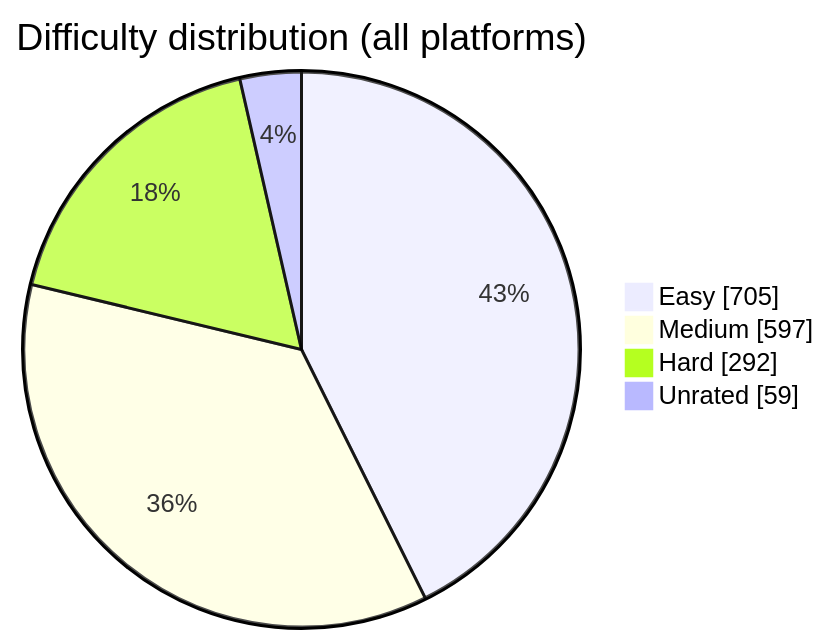
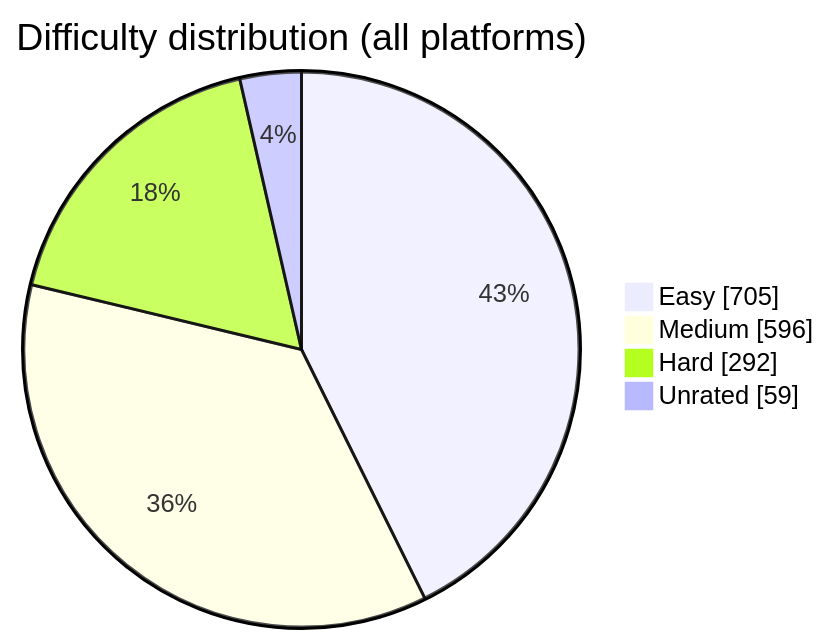
Before and after one commit to BuildbyArindam/Daily-Coding-Log: the diagram in README.md, drawn with Mermaid. The commit also changed other lines of this file, not shown here.

````diff
--- a/README.md
+++ b/README.md
@@ -93,7 +93,7 @@
 ```mermaid
 pie showData title Difficulty distribution (all platforms)
     "Easy" : 705
-    "Medium" : 597
+    "Medium" : 596
     "Hard" : 292
     "Unrated" : 59
 ```
````
